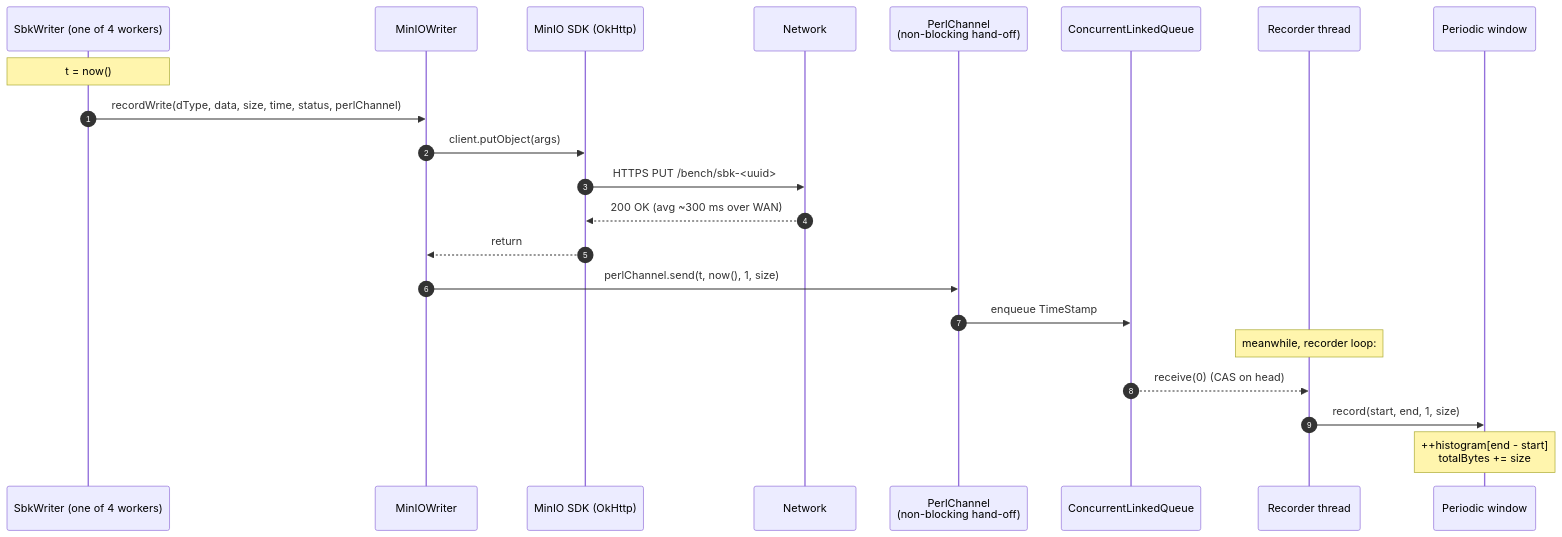
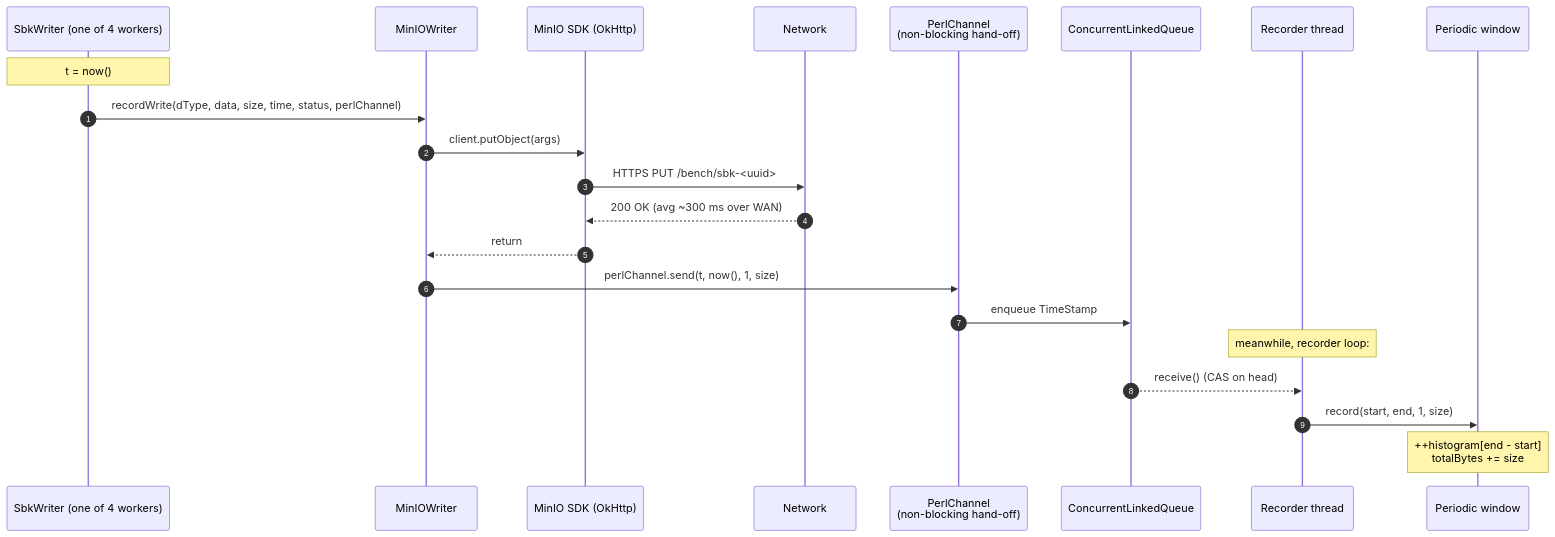
Before and after one commit to kmgowda/SBK: diagram 38 of 43 in docs/sbk-internals.md, drawn with Mermaid. The commit also changed other lines of this file and 4 other files, not shown here.

````diff
--- a/docs/sbk-internals.md
+++ b/docs/sbk-internals.md
@@ -2857,26 +2857,26 @@
 ```mermaid
 sequenceDiagram
     autonumber
     participant W as SbkWriter (one of 4 workers)
     participant Drv as MinIOWriter
     participant Sdk as MinIO SDK (OkHttp)
     participant Net as Network
     participant Ch as PerlChannel<br/>(non-blocking hand-off)
     participant Q as ConcurrentLinkedQueue
     participant R as Recorder thread
     participant Win as Periodic window
 
     Note over W: t = now()
     W->>Drv: recordWrite(dType, data, size, time, status, perlChannel)
     Drv->>Sdk: client.putObject(args)
     Sdk->>Net: HTTPS PUT /bench/sbk-<uuid>
     Net-->>Sdk: 200 OK (avg ~300 ms over WAN)
     Sdk-->>Drv: return
     Drv->>Ch: perlChannel.send(t, now(), 1, size)
     Ch->>Q: enqueue TimeStamp
 
     Note over R: meanwhile, recorder loop:
-    Q-->>R: receive(0) (CAS on head)
+    Q-->>R: receive() (CAS on head)
     R->>Win: record(start, end, 1, size)
     Note over Win: ++histogram[end - start]<br/>totalBytes += size
 ```
````
